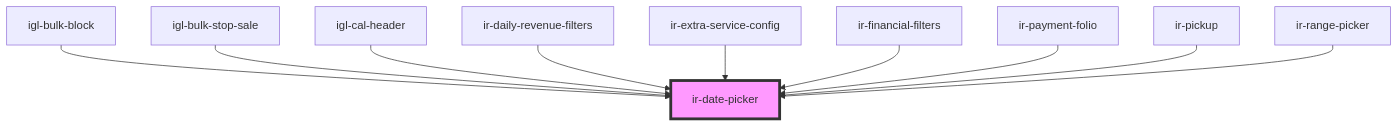
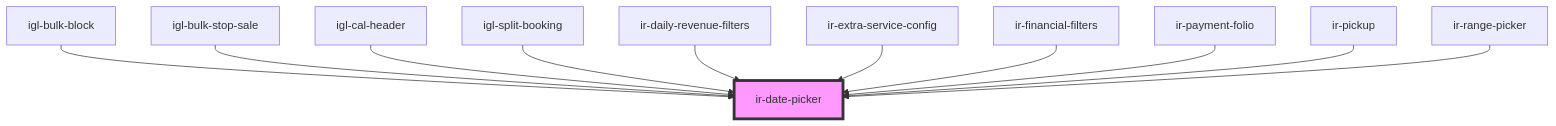
One commit to RonyRizk/ir-webcmp changed the diagram in src/components/ui/ir-date-picker/readme.md. Above: the diagram before and after it, drawn with Mermaid. The commit also changed other lines of this file and 67 other files, not shown here.

````diff
--- a/src/components/ui/ir-date-picker/readme.md
+++ b/src/components/ui/ir-date-picker/readme.md
@@ -78,13 +79,14 @@
 ```mermaid
 graph TD;
   igl-bulk-block --> ir-date-picker
   igl-bulk-stop-sale --> ir-date-picker
   igl-cal-header --> ir-date-picker
+  igl-split-booking --> ir-date-picker
   ir-daily-revenue-filters --> ir-date-picker
   ir-extra-service-config --> ir-date-picker
   ir-financial-filters --> ir-date-picker
   ir-payment-folio --> ir-date-picker
   ir-pickup --> ir-date-picker
   ir-range-picker --> ir-date-picker
   style ir-date-picker fill:#f9f,stroke:#333,stroke-width:4px
 ```
````
